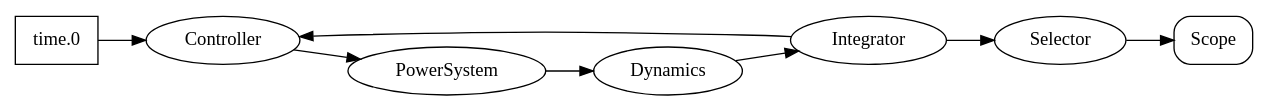
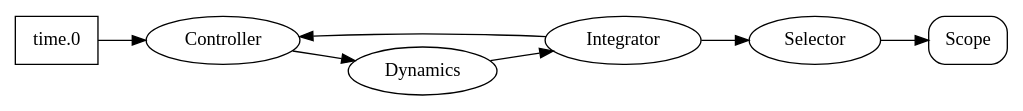
Before and after one commit to dhruvhaldar/DroneFlask: the diagram in quadcopter_diagram.dot, drawn with Graphviz. The commit also changed 3 other files, not shown here.

First line of the commit message:
Remove redundant PowerSystem block and optimize quadcopter dynamics

```diff
--- a/quadcopter_diagram.dot
+++ b/quadcopter_diagram.dot
@@ -1,14 +1,13 @@
 digraph G {
     rankdir = "LR"
 
 	"time.0" [shape=record, rank="source"]
 	"Scope" [shape=Mrecord, rank="sink"]
 
 	"Integrator" -> "Controller" []
 	"time.0" -> "Controller" []
-	"Controller" -> "PowerSystem" []
-	"PowerSystem" -> "Dynamics" []
+	"Controller" -> "Dynamics" []
 	"Dynamics" -> "Integrator" []
 	"Integrator" -> "Selector" []
 	"Selector" -> "Scope" []
 }
```
